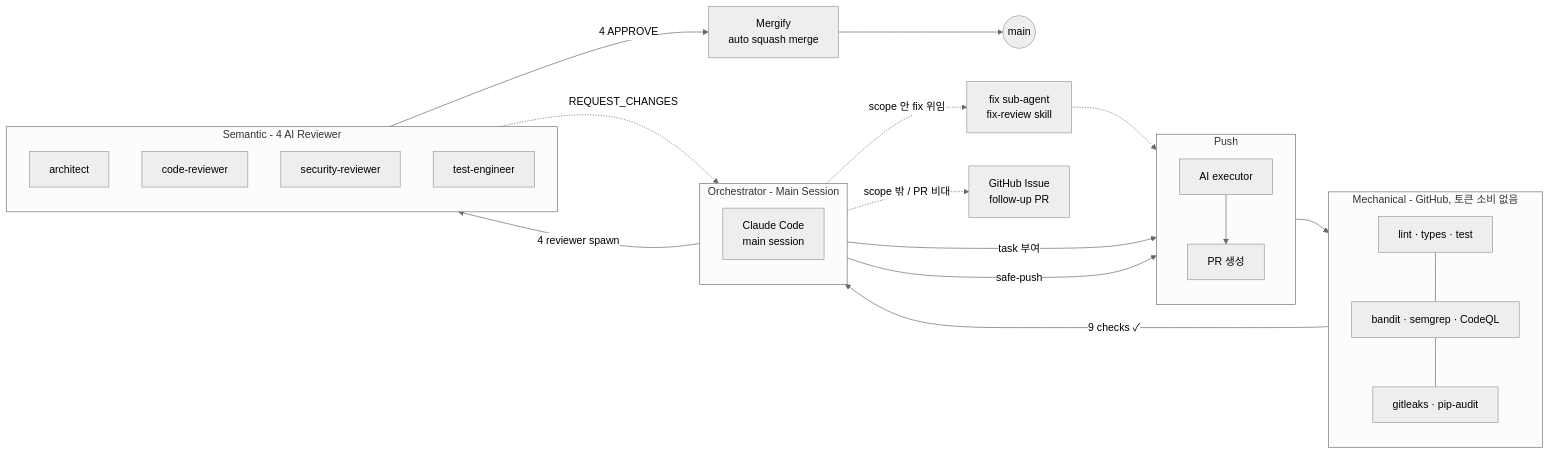
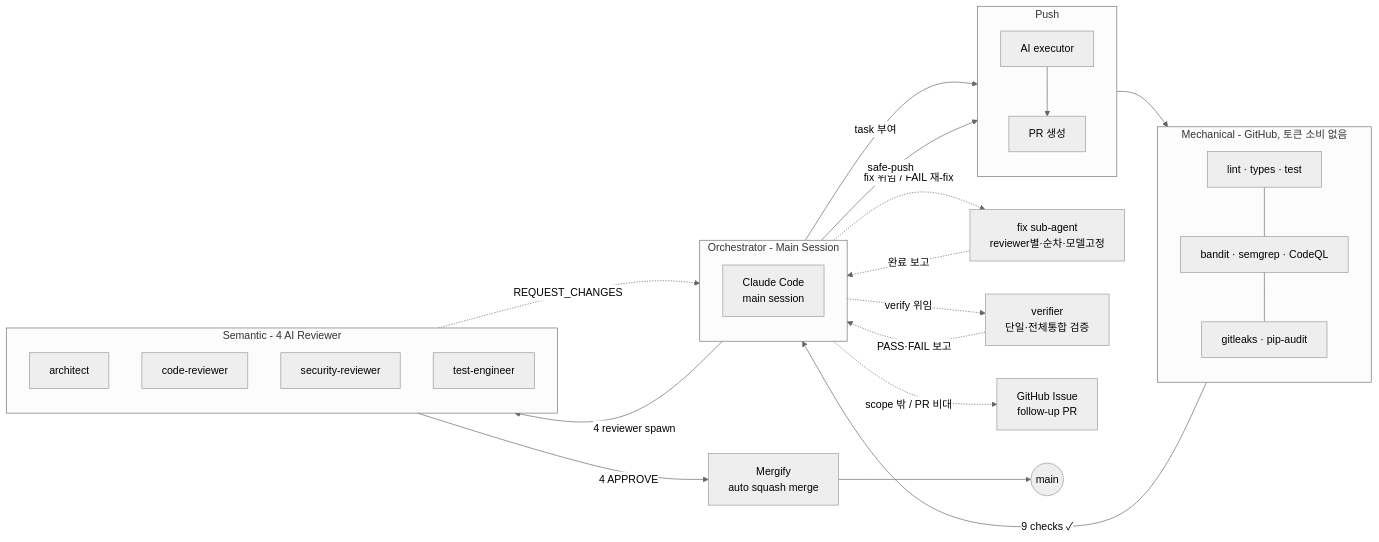
One commit to simsimhugh/macro-logbot changed the first of 2 diagrams in docs/process/03-개발-프로세스.md. Above: the diagram before and after it, drawn with Mermaid (neutral theme). The commit also changed other lines of this file and 8 other files, not shown here.

First line of the commit message:
docs(process): fix/verify 파이프라인 명문화 — reviewer별 순차 fix + 단일 verifier + push=main (#97)

````diff
--- a/docs/process/03-개발-프로세스.md
+++ b/docs/process/03-개발-프로세스.md
@@ -30,44 +30,47 @@
 ```mermaid
 flowchart LR
     subgraph orchestration["Orchestrator - Main Session"]
         direction TB
         orch[Claude Code<br/>main session]
     end
 
     subgraph push["Push"]
         direction TB
         exec[AI executor] --> pr[PR 생성]
     end
 
     subgraph mechanical["Mechanical - GitHub, 토큰 소비 없음"]
         direction TB
         ci1[lint · types · test]
         ci2[bandit · semgrep · CodeQL]
         ci3[gitleaks · pip-audit]
         ci1 --- ci2 --- ci3
     end
 
     subgraph semantic["Semantic - 4 AI Reviewer"]
         direction TB
         r1[architect]
         r2[code-reviewer]
         r3[security-reviewer]
         r4[test-engineer]
     end
 
-    fix[fix sub-agent<br/>fix-review skill]
+    fix[fix sub-agent<br/>reviewer별·순차·모델고정]
+    verify[verifier<br/>단일·전체통합 검증]
     issue[GitHub Issue<br/>follow-up PR]
     mergify[Mergify<br/>auto squash merge]
 
     orch -->|task 부여| exec
     orch -->|safe-push| pr
     pr --> mechanical
     mechanical -->|9 checks ✓| orch
     orch -->|4 reviewer spawn| semantic
     semantic -->|4 APPROVE| mergify
     semantic -.->|REQUEST_CHANGES| orch
-    orch -.->|scope 안 fix 위임| fix
+    orch -.->|fix 위임 / FAIL 재-fix| fix
+    fix -.->|완료 보고| orch
+    orch -.->|verify 위임| verify
+    verify -.->|PASS·FAIL 보고| orch
     orch -.->|scope 밖 / PR 비대| issue
-    fix -.-> exec
     mergify --> main((main))
 ```
````
